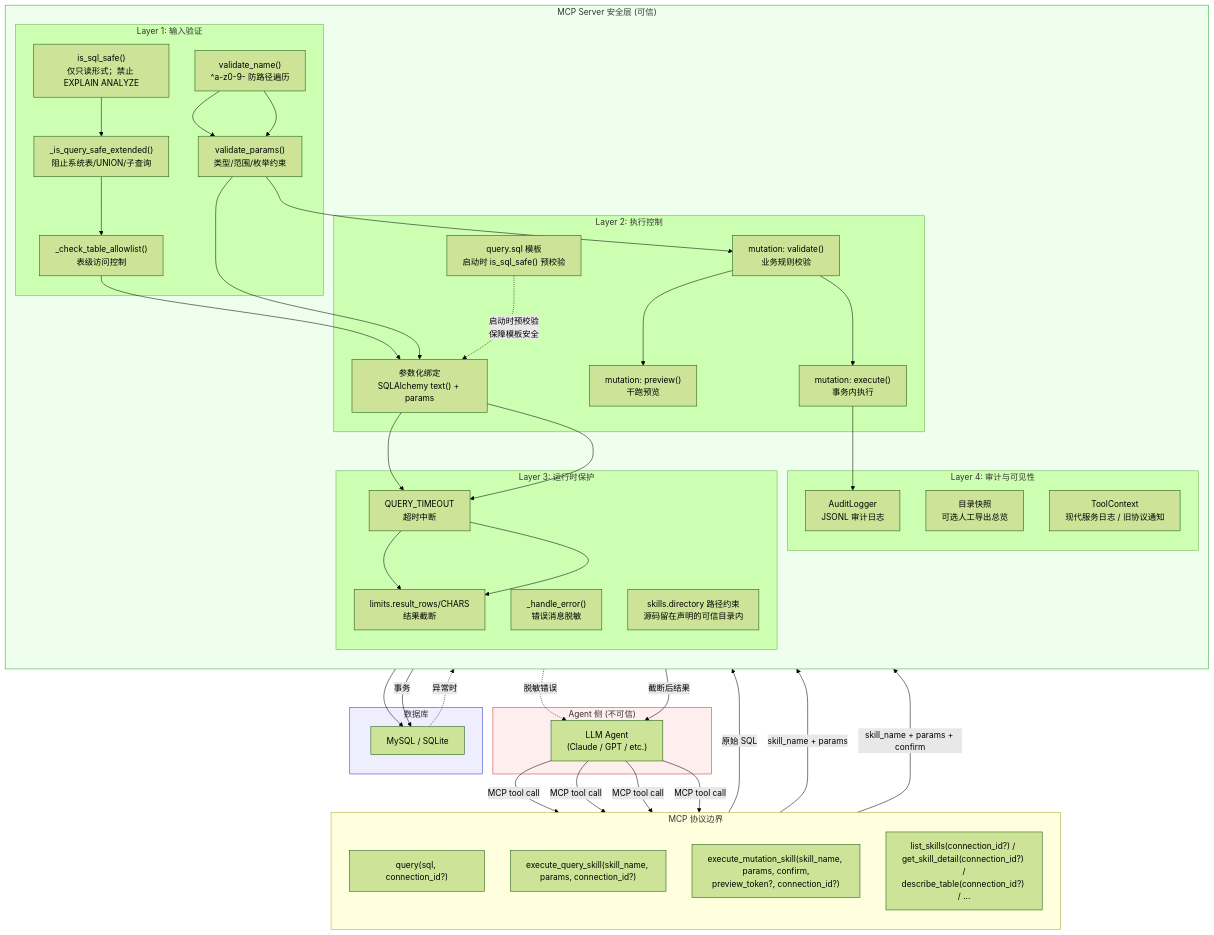
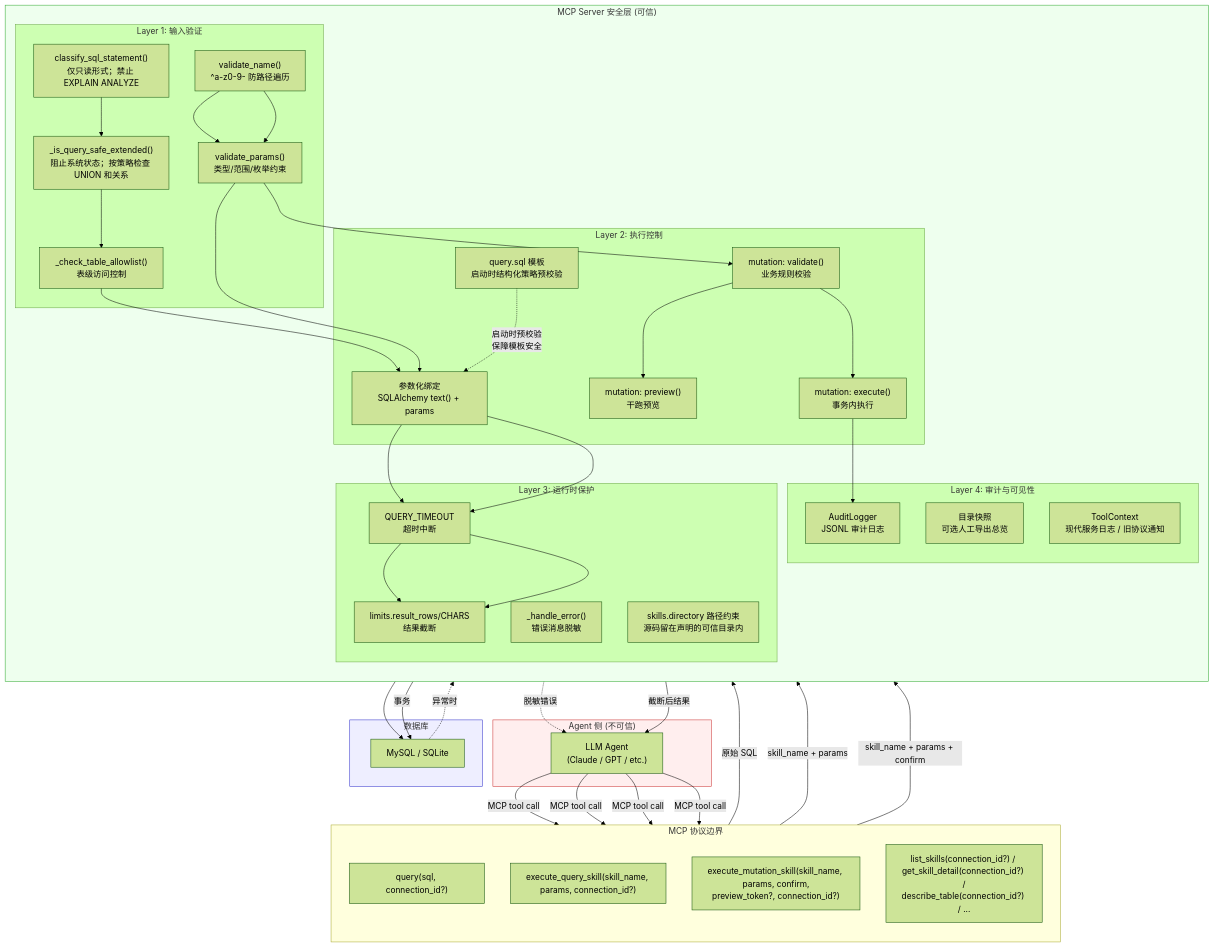
Before and after one commit to Firstmeridian/llm-sql-safety-executor-mcp: the first of 3 diagrams in README_ZH.md, drawn with Mermaid (forest theme). The commit also changed other lines of this file and 648 other files, not shown here.

````diff
--- a/README_ZH.md
+++ b/README_ZH.md
@@ -321,70 +322,70 @@
 ```mermaid
 flowchart TB
     subgraph Agent["Agent 侧 (不可信)"]
         A1["LLM Agent<br/>(Claude / GPT / etc.)"]
     end
 
     subgraph MCP["MCP 协议边界"]
         direction TB
         T1["query(sql, connection_id?)"]
         T2["execute_query_skill(skill_name, params, connection_id?)"]
         T3["execute_mutation_skill(skill_name, params, confirm,<br/>preview_token?, connection_id?)"]
         T4["list_skills(connection_id?) / get_skill_detail(connection_id?) /<br/>describe_table(connection_id?) / ..."]
     end
 
     subgraph Server["MCP Server 安全层 (可信)"]
         direction TB
 
         subgraph S1["Layer 1: 输入验证"]
-            V1["is_sql_safe()<br/>仅只读形式；禁止 EXPLAIN ANALYZE"]
-            V2["_is_query_safe_extended()<br/>阻止系统表/UNION/子查询"]
+            V1["classify_sql_statement()<br/>仅只读形式；禁止 EXPLAIN ANALYZE"]
+            V2["_is_query_safe_extended()<br/>阻止系统状态；按策略检查 UNION 和关系"]
             V3["_check_table_allowlist()<br/>表级访问控制"]
             V4["validate_name()<br/>^a-z0-9- 防路径遍历"]
             V5["validate_params()<br/>类型/范围/枚举约束"]
         end
 
         subgraph S2["Layer 2: 执行控制"]
-            E1["query.sql 模板<br/>启动时 is_sql_safe() 预校验"]
+            E1["query.sql 模板<br/>启动时结构化策略预校验"]
             E2["参数化绑定<br/>SQLAlchemy text() + params"]
             E3["mutation: validate()<br/>业务规则校验"]
             E4["mutation: preview()<br/>干跑预览"]
             E5["mutation: execute()<br/>事务内执行"]
         end
 
         subgraph S3["Layer 3: 运行时保护"]
             R1["QUERY_TIMEOUT<br/>超时中断"]
             R2["limits.result_rows/CHARS<br/>结果截断"]
             R3["_handle_error()<br/>错误消息脱敏"]
             R4["skills.directory 路径约束<br/>源码留在声明的可信目录内"]
         end
 
         subgraph S4["Layer 4: 审计与可见性"]
             AU1["AuditLogger<br/>JSONL 审计日志"]
             AU2["目录快照<br/>可选人工导出总览"]
             AU3["ToolContext<br/>现代服务日志 / 旧协议通知"]
         end
     end
 
     subgraph DB["数据库"]
         DB1["MySQL / SQLite"]
     end
 
     A1 -->|"MCP tool call"| T1 & T2 & T3 & T4
 
     T1 -->|"原始 SQL"| V1 --> V2 --> V3 --> E2 --> R1 --> R2
     T2 -->|"skill_name + params"| V4 --> V5 --> E2 --> R1 --> R2
     E1 -.->|"启动时预校验<br/>保障模板安全"| E2
     T3 -->|"skill_name + params + confirm"| V4 --> V5 --> E3 --> E4 & E5
 
     E2 --> DB1
     E5 -->|"事务"| DB1
     E5 --> AU1
 
     DB1 -.->|"异常时"| R3 -.->|"脱敏错误"| A1
     R2 -->|"截断后结果"| A1
 
     style Agent fill:#fee,stroke:#c33
     style Server fill:#efe,stroke:#3a3
     style DB fill:#eef,stroke:#33c
     style MCP fill:#ffd,stroke:#aa3
 ```
````
